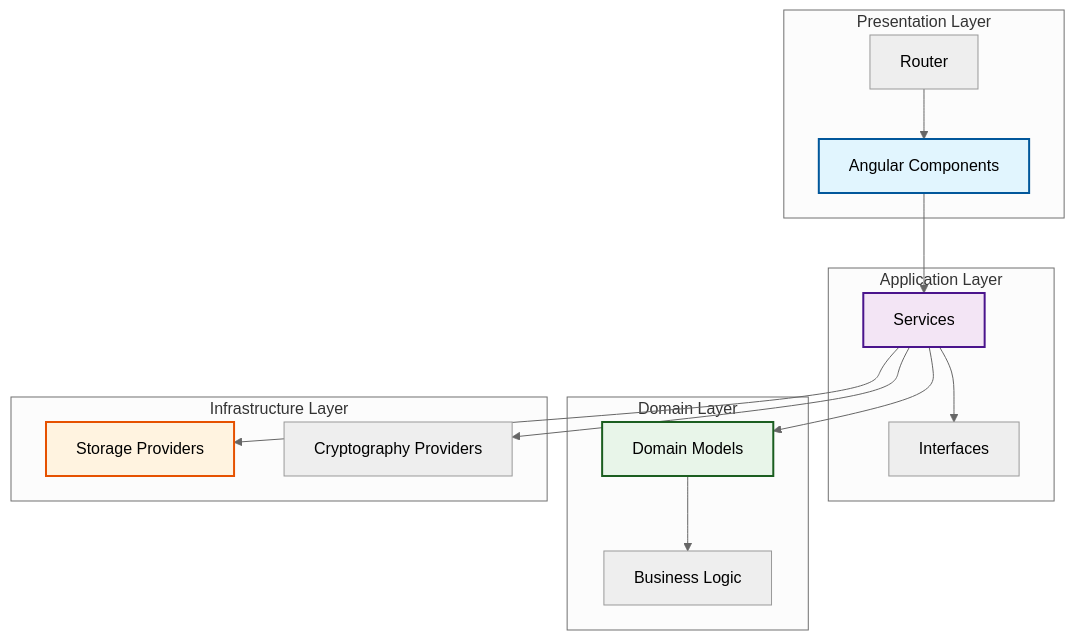
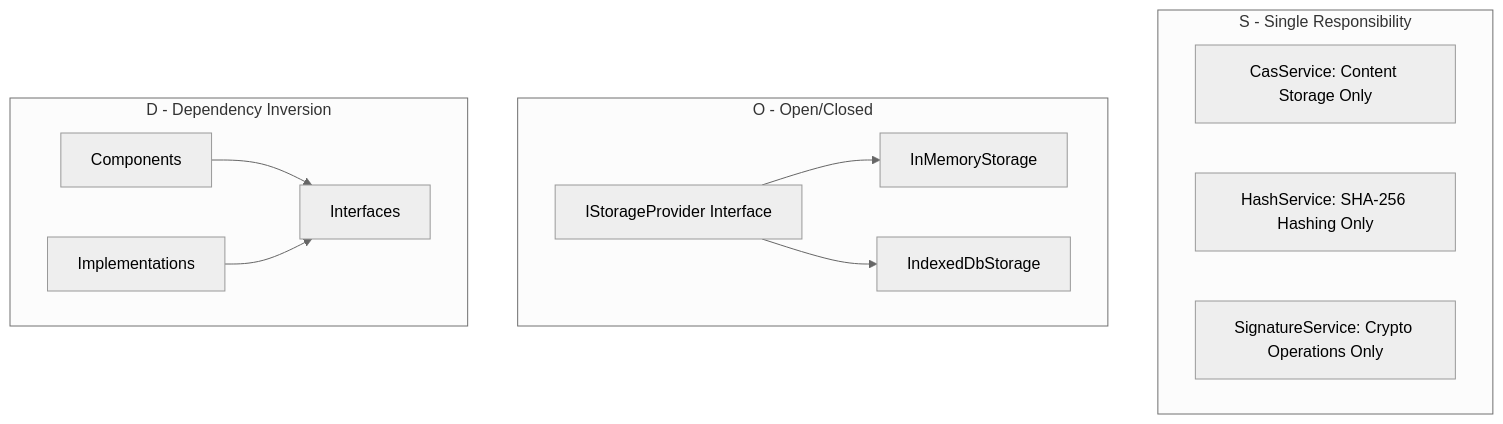
One commit to o2alexanderfedin/angular-cas-disot changed the second of 6 diagrams in docs/architecture/overview.md. Above: the diagram before and after it, drawn with Mermaid (neutral theme). The commit also changed other lines of this file and 18 other files, not shown here.

````diff
--- a/docs/architecture/overview.md
+++ b/docs/architecture/overview.md
@@ -19,35 +58,24 @@
 ```mermaid
-graph TB
-    subgraph "Presentation Layer"
-        UI[Angular Components]
-        RT[Router]
+graph TD
+    subgraph "S - Single Responsibility"
+        CAS[CasService: Content Storage Only]
+        HASH[HashService: SHA-256 Hashing Only]
+        SIG[SignatureService: Crypto Operations Only]
     end
     
-    subgraph "Application Layer"
-        SVC[Services]
-        INT[Interfaces]
+    subgraph "O - Open/Closed"
+        IPROV[IStorageProvider Interface]
+        MEM[InMemoryStorage]
+        IDB[IndexedDbStorage]
+        IPROV --> MEM
+        IPROV --> IDB
     end
     
-    subgraph "Domain Layer"
-        DOM[Domain Models]
-        BL[Business Logic]
+    subgraph "D - Dependency Inversion"
+        COMP[Components]
+        INTF[Interfaces]
+        IMPL[Implementations]
+        COMP --> INTF
+        IMPL --> INTF
     end
-    
-    subgraph "Infrastructure Layer"
-        STOR[Storage Providers]
-        CRYPTO[Cryptography Providers]
-    end
-    
-    UI --> SVC
-    RT --> UI
-    SVC --> INT
-    SVC --> DOM
-    DOM --> BL
-    SVC --> STOR
-    SVC --> CRYPTO
-    
-    style UI fill:#e1f5fe,stroke:#01579b,stroke-width:2px
-    style SVC fill:#f3e5f5,stroke:#4a148c,stroke-width:2px
-    style DOM fill:#e8f5e9,stroke:#1b5e20,stroke-width:2px
-    style STOR fill:#fff3e0,stroke:#e65100,stroke-width:2px
 ```
````
